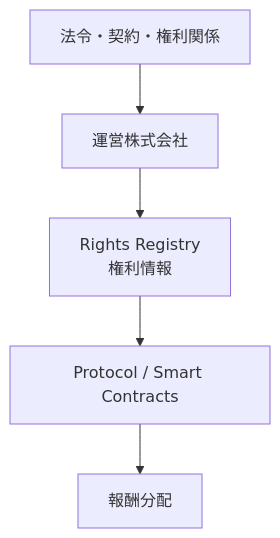
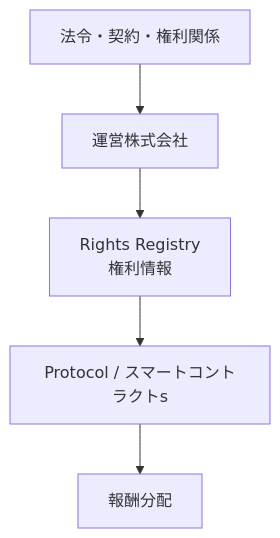
One commit to ShigeichiroYamasaki/creator-first-platform changed the first of 17 diagrams in docs/whitepaper/03-rights-and-money.md. Above: the diagram before and after it, drawn with Mermaid. The commit also changed other lines of this file and 67 other files, not shown here.

````diff
--- a/docs/whitepaper/03-rights-and-money.md
+++ b/docs/whitepaper/03-rights-and-money.md
@@ -19,7 +19,7 @@
 ```mermaid
 flowchart TD
     LAW[法令・契約・権利関係] --> CORP[運営株式会社]
     CORP --> REG[Rights Registry<br/>権利情報]
-    REG --> PROTO[Protocol / Smart Contracts]
+    REG --> PROTO[Protocol / スマートコントラクトs]
     PROTO --> PAY[報酬分配]
 ```
````
